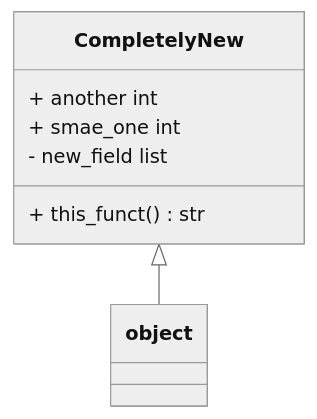
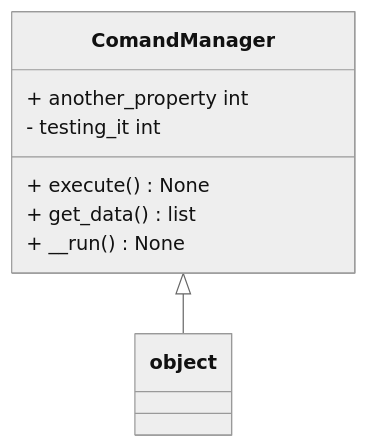
One commit to kesler20/draw-uml-backend changed the diagram in output/design_doc.md. Above: the diagram before and after it, drawn with Mermaid (neutral theme). The commit also changed 12 other files, not shown here.

````diff
--- a/output/design_doc.md
+++ b/output/design_doc.md
@@ -3,8 +3,9 @@
 ```mermaid
 classDiagram
-   CompletelyNew <|-- object
-   CompletelyNew : + another int
-   CompletelyNew : + smae_one int
-   CompletelyNew : - new_field list
-   CompletelyNew : + this_funct() str
+   ComandManager <|-- object
+   ComandManager : + another_property int
+   ComandManager : - testing_it int
+   ComandManager : + execute() None
+   ComandManager : + get_data() list
+   ComandManager : + __run() None
 ```
````
